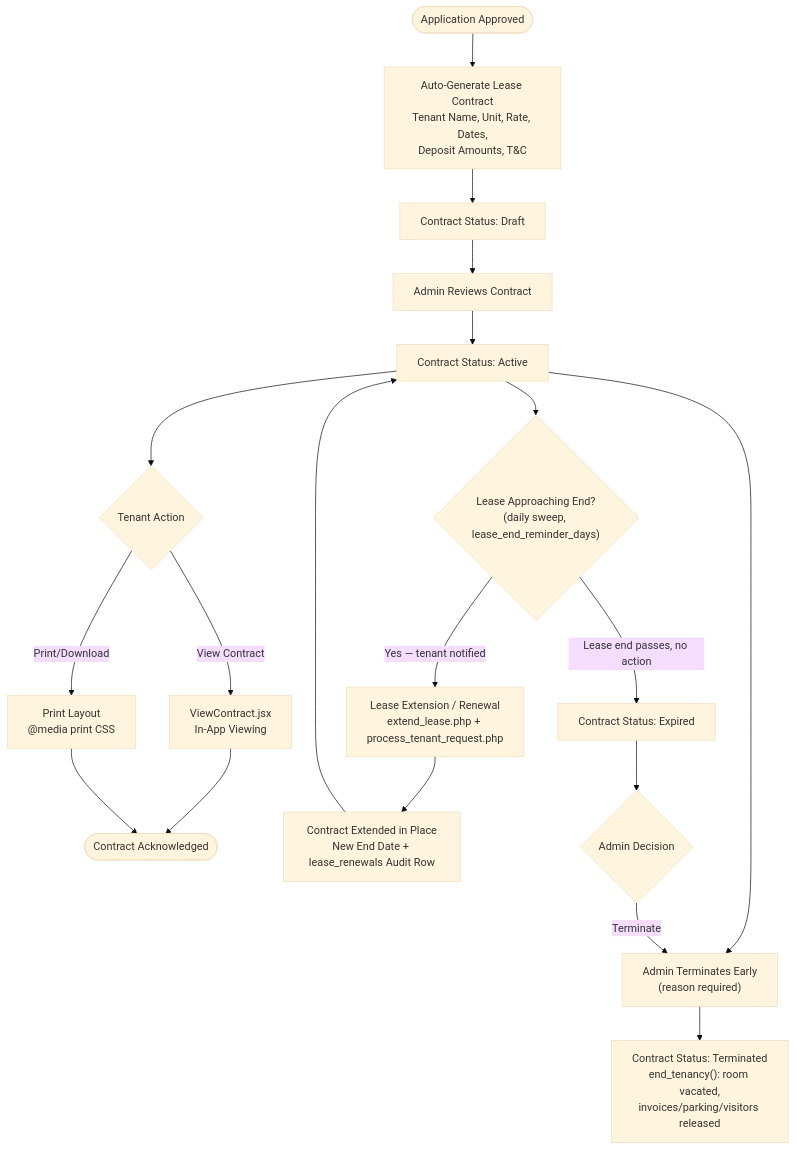
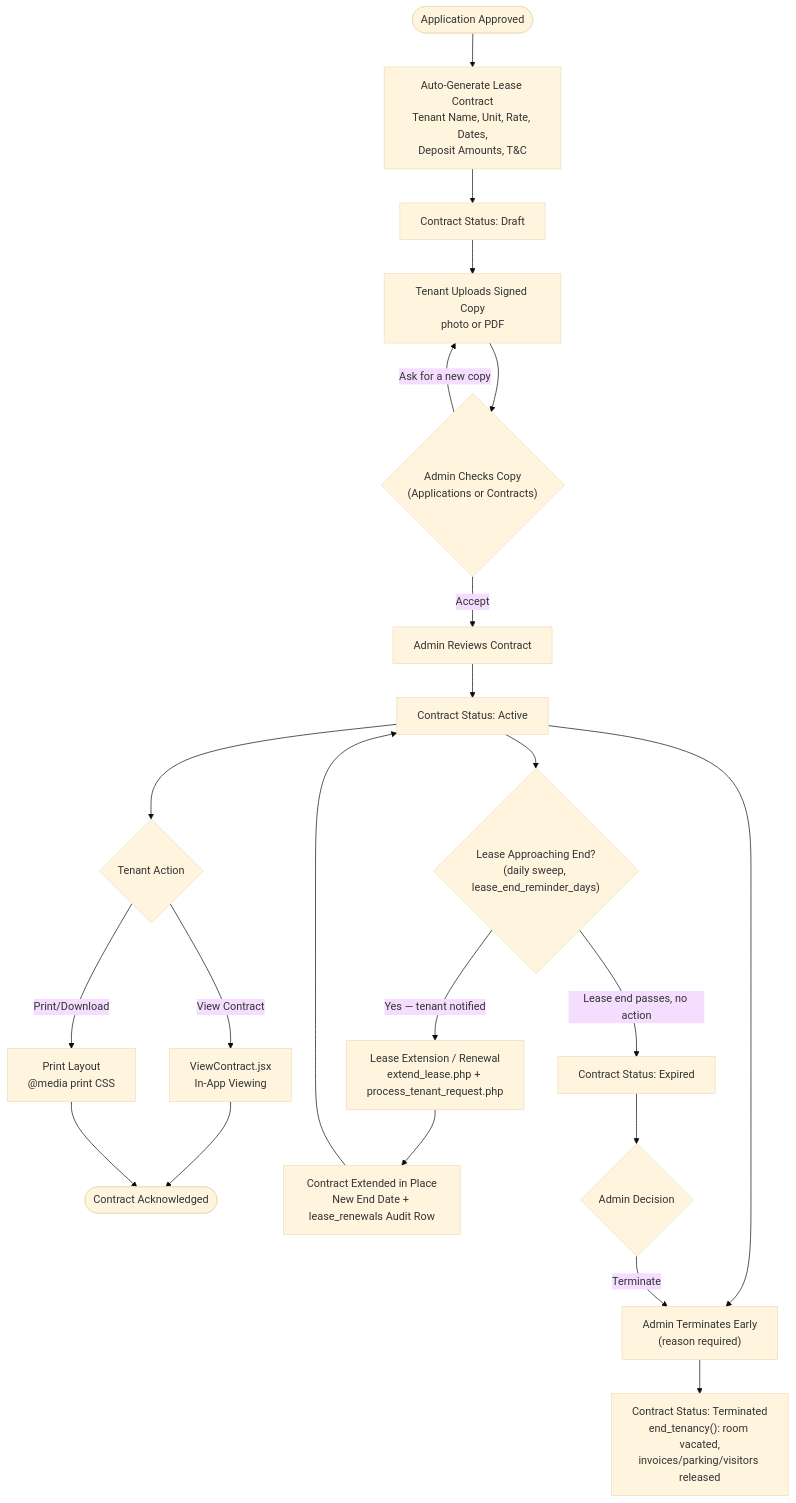
One commit to Keonbe/ApartmentManagementSystem_React changed the eighth of 11 diagrams in docs/features/panelist_feature_checklist.md. Above: the diagram before and after it, drawn with Mermaid (base theme). The commit also changed other lines of this file and 51 other files, not shown here.

First line of the commit message:
feat(contracts): signed copy review, notarized in person, contract history, owner e-signature

````diff
--- a/docs/features/panelist_feature_checklist.md
+++ b/docs/features/panelist_feature_checklist.md
@@ -266,21 +266,24 @@
 ```mermaid
 flowchart TD
     A(["Application Approved"]) --> B["Auto-Generate Lease Contract<br/>Tenant Name, Unit, Rate, Dates,<br/>Deposit Amounts, T&C"]
     B --> C["Contract Status: Draft"]
-    C --> D["Admin Reviews Contract"]
+    C --> C1["Tenant Uploads Signed Copy<br/>photo or PDF"]
+    C1 --> C2{"Admin Checks Copy<br/>(Applications or Contracts)"}
+    C2 -->|Ask for a new copy| C1
+    C2 -->|Accept| D["Admin Reviews Contract"]
     D --> E["Contract Status: Active"]
     E --> F{"Tenant Action"}
     F -->|View Contract| G["ViewContract.jsx<br/>In-App Viewing"]
     F -->|Print/Download| H["Print Layout<br/>@media print CSS"]
     G --> I(["Contract Acknowledged"])
     H --> I
     E --> J{"Lease Approaching End?<br/>(daily sweep, lease_end_reminder_days)"}
     J -->|Yes — tenant notified| K["Lease Extension / Renewal<br/>extend_lease.php + process_tenant_request.php"]
     K --> L["Contract Extended in Place<br/>New End Date + lease_renewals Audit Row"]
     L --> E
     J -->|Lease end passes, no action| M["Contract Status: Expired"]
     M --> N{"Admin Decision"}
     E --> O["Admin Terminates Early<br/>(reason required)"]
     N -->|Terminate| O
     O --> P["Contract Status: Terminated<br/>end_tenancy(): room vacated,<br/>invoices/parking/visitors released"]
 ```
````
